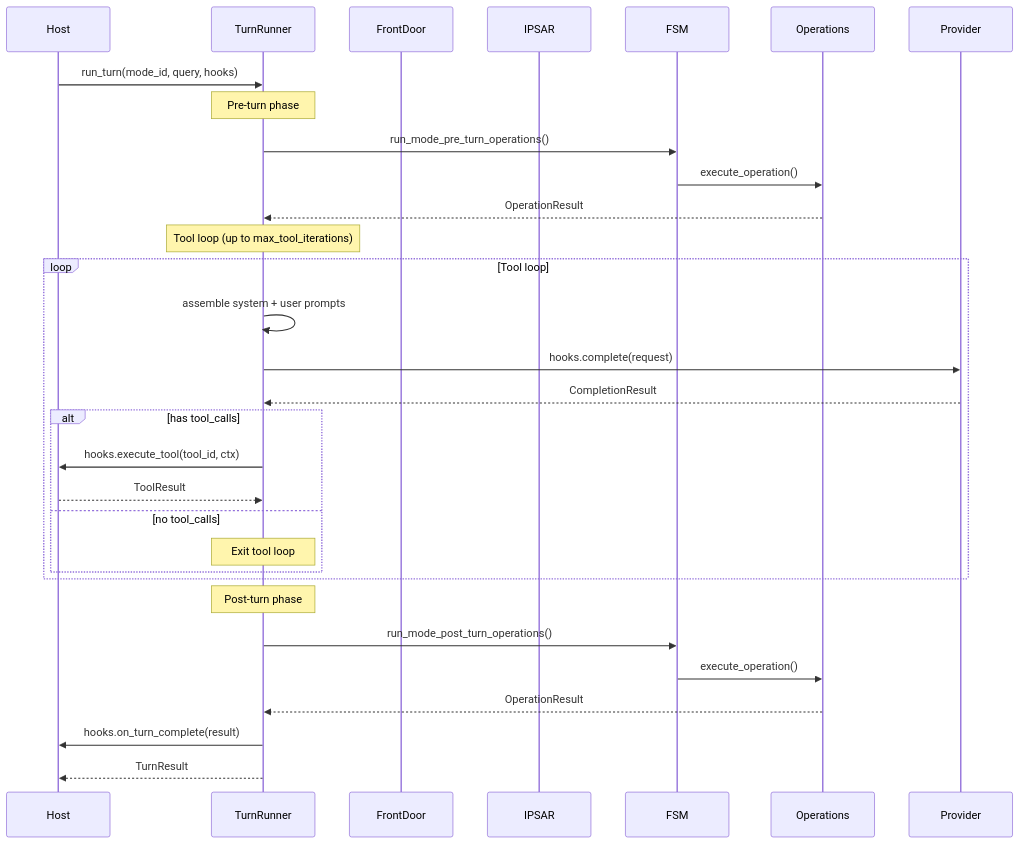
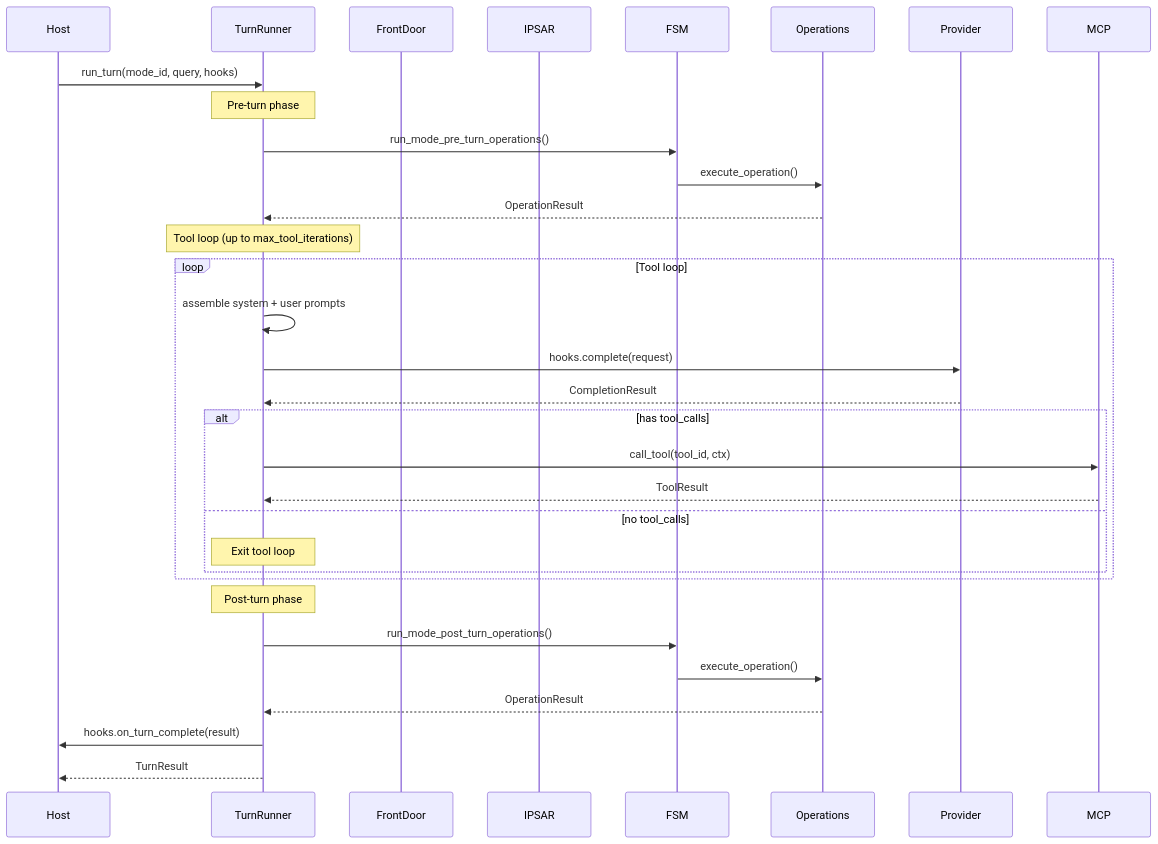
Before and after one commit to Lisa-Harness/lisa: the first of 4 diagrams in docs/KERNEL_ARCHITECTURE.md, drawn with Mermaid. The commit also changed other lines of this file and 23 other files, not shown here.

````diff
--- a/docs/KERNEL_ARCHITECTURE.md
+++ b/docs/KERNEL_ARCHITECTURE.md
@@ -72,38 +71,38 @@
 ```mermaid
 sequenceDiagram
     participant Host
     participant TurnRunner
     participant FrontDoor
     participant IPSAR
     participant FSM
     participant Operations
     participant Provider
 
     Host->>TurnRunner: run_turn(mode_id, query, hooks)
     
     Note over TurnRunner: Pre-turn phase
     TurnRunner->>FSM: run_mode_pre_turn_operations()
     FSM->>Operations: execute_operation()
     Operations-->>TurnRunner: OperationResult
     
     Note over TurnRunner: Tool loop (up to max_tool_iterations)
     loop Tool loop
         TurnRunner->>TurnRunner: assemble system + user prompts
         TurnRunner->>Provider: hooks.complete(request)
         Provider-->>TurnRunner: CompletionResult
         alt has tool_calls
-            TurnRunner->>Host: hooks.execute_tool(tool_id, ctx)
-            Host-->>TurnRunner: ToolResult
+          TurnRunner->>MCP: call_tool(tool_id, ctx)
+          MCP-->>TurnRunner: ToolResult
         else no tool_calls
             Note over TurnRunner: Exit tool loop
         end
     end
     
     Note over TurnRunner: Post-turn phase
     TurnRunner->>FSM: run_mode_post_turn_operations()
     FSM->>Operations: execute_operation()
     Operations-->>TurnRunner: OperationResult
     
     TurnRunner->>Host: hooks.on_turn_complete(result)
     TurnRunner-->>Host: TurnResult
 ```
````
